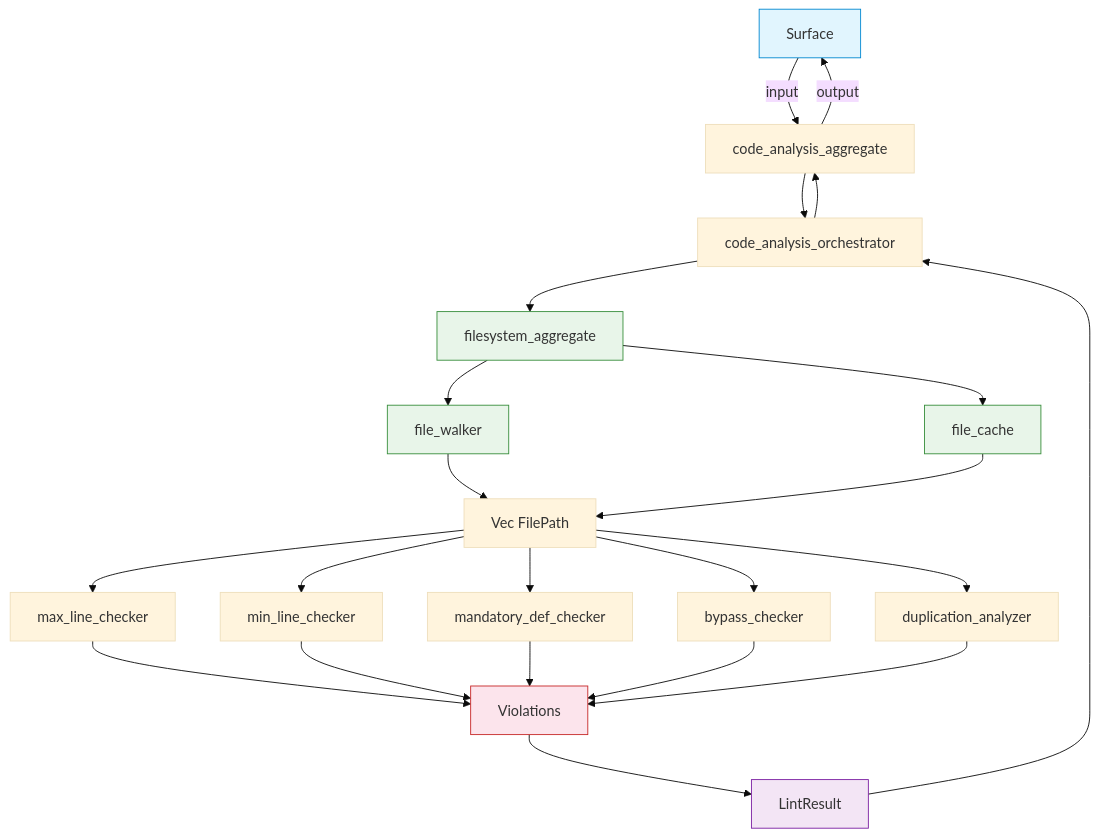
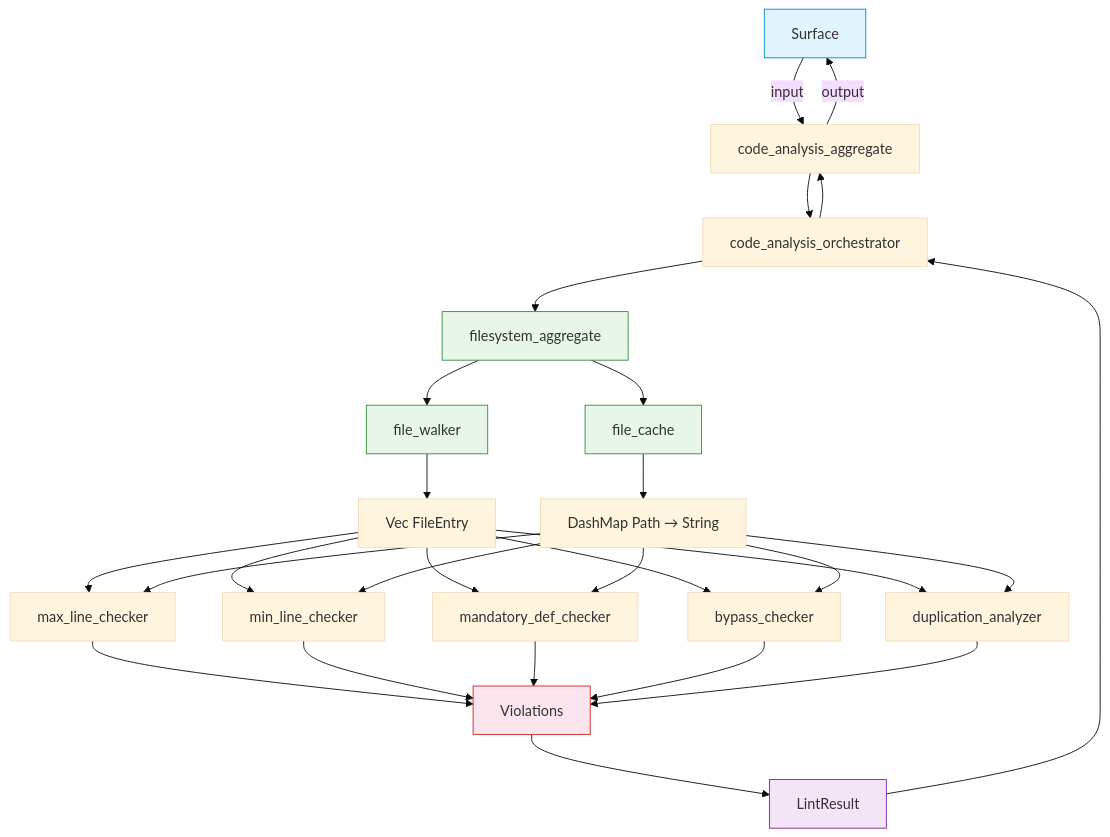
Before and after one commit to rakaarwaky/lint-arwaky: the diagram in crates/code-analysis/FRD.md, drawn with Mermaid (base theme). The commit also changed 3 other files, not shown here.

First line of the commit message:
docs: mermaid shows correct output types per capability

````diff
--- a/crates/code-analysis/FRD.md
+++ b/crates/code-analysis/FRD.md
@@ -9,31 +9,36 @@
 ```mermaid
 flowchart TD
     A["Surface"] -->|input| B["code_analysis_aggregate"]
     B --> C["code_analysis_orchestrator"]
     C --> D["filesystem_aggregate"]
     D --> E1["file_walker"]
     D --> E2["file_cache"]
-    E1 --> G["Vec FilePath"]
-    E2 --> G
-    G --> H1["max_line_checker"]
-    G --> H2["min_line_checker"]
-    G --> H3["mandatory_def_checker"]
-    G --> H4["bypass_checker"]
-    G --> H5["duplication_analyzer"]
+    E1 --> G1["Vec FileEntry"]
+    E2 --> G2["DashMap Path → String"]
+    G1 --> H1["max_line_checker"]
+    G2 --> H1
+    G1 --> H2["min_line_checker"]
+    G2 --> H2
+    G1 --> H3["mandatory_def_checker"]
+    G2 --> H3
+    G1 --> H4["bypass_checker"]
+    G2 --> H4
+    G1 --> H5["duplication_analyzer"]
+    G2 --> H5
     H1 --> I["Violations"]
     H2 --> I
     H3 --> I
     H4 --> I
     H5 --> I
     I --> J["LintResult"]
     J --> C
     C --> B
     B -->|output| A
 
     style A fill:#e1f5fe,stroke:#0288d1
     style D fill:#e8f5e9,stroke:#388e3c
     style E1 fill:#e8f5e9,stroke:#388e3c
     style E2 fill:#e8f5e9,stroke:#388e3c
     style I fill:#fce4ec,stroke:#c62828
     style J fill:#f3e5f5,stroke:#7b1fa2
 ```
````
